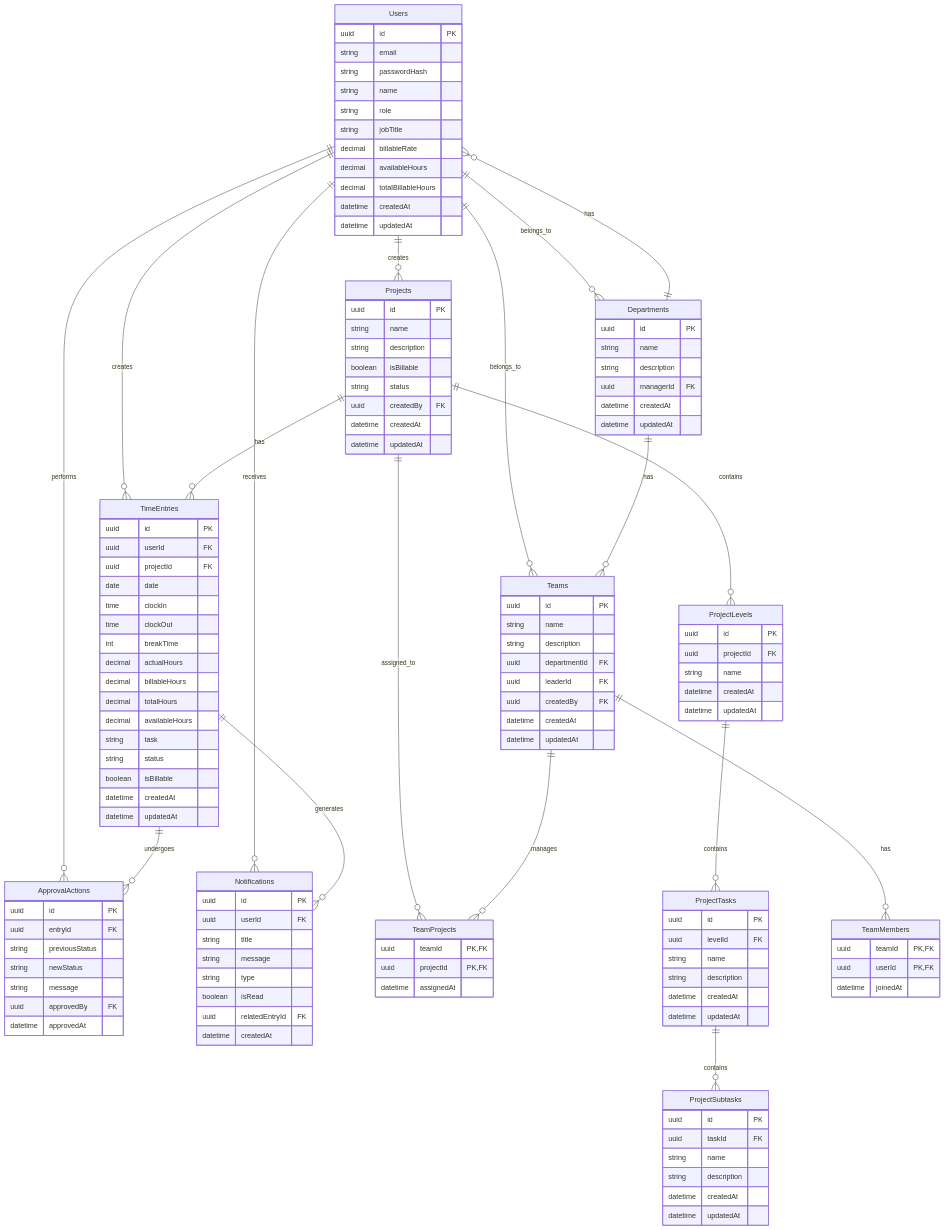
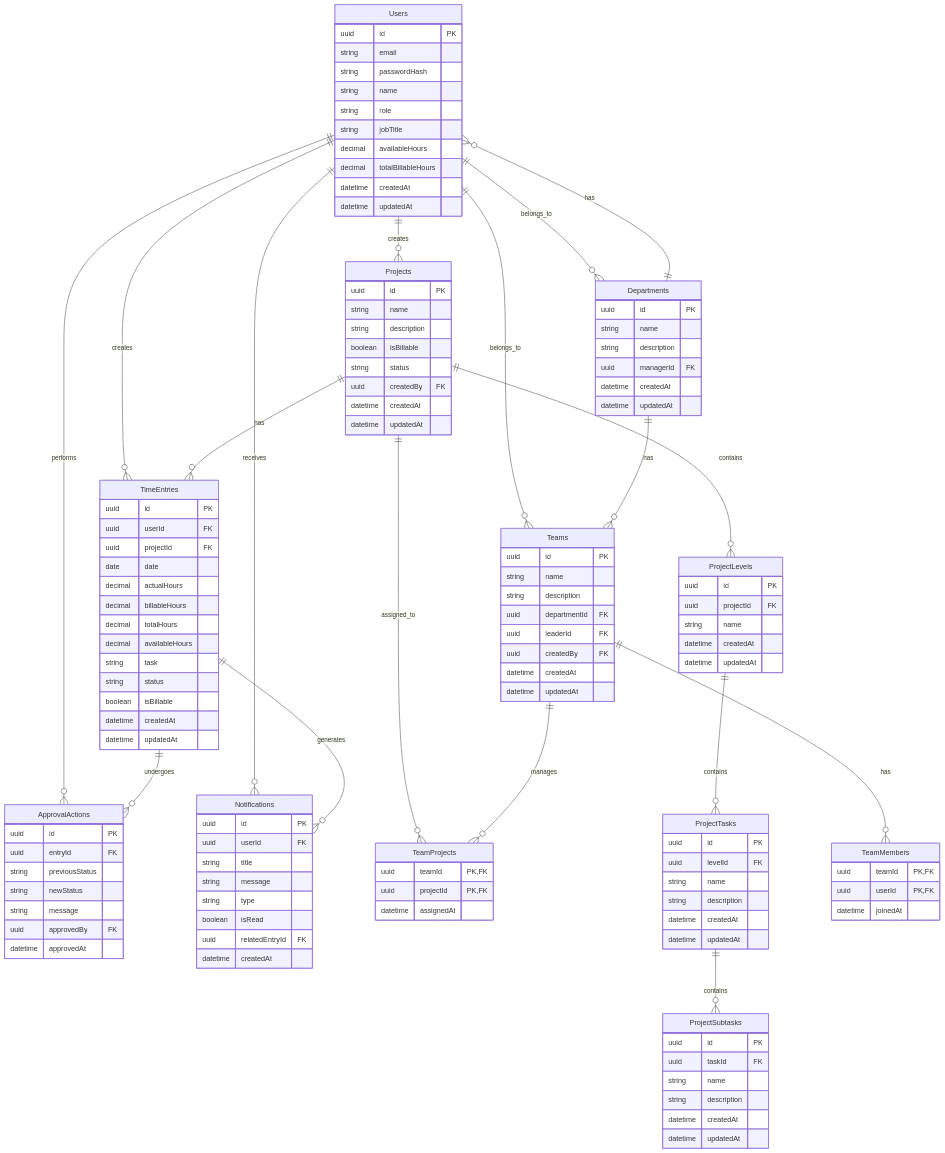
Before and after one commit to AbdullahKhalidRamay/TimeSheet-One: the sixth of 6 diagrams in DOCUMENTATION_UPDATED.md, drawn with Mermaid. The commit also changed other lines of this file and 13 other files, not shown here.

```diff
--- a/DOCUMENTATION_UPDATED.md
+++ b/DOCUMENTATION_UPDATED.md
@@ -376,7 +330,6 @@
         string name
         string role
         string jobTitle
-        decimal billableRate
         decimal availableHours
         decimal totalBillableHours
         datetime createdAt
@@ -388,9 +341,6 @@
         uuid userId FK
         uuid projectId FK
         date date
-        time clockIn
-        time clockOut
-        int breakTime
         decimal actualHours
         decimal billableHours
         decimal totalHours
```
